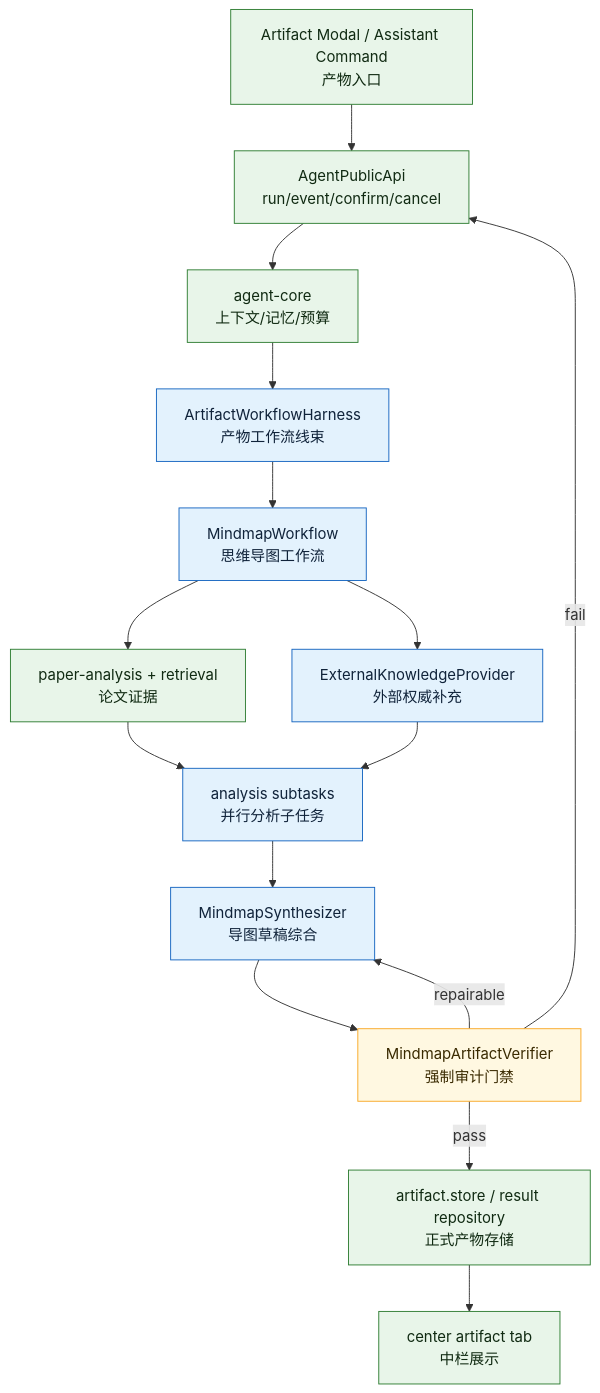
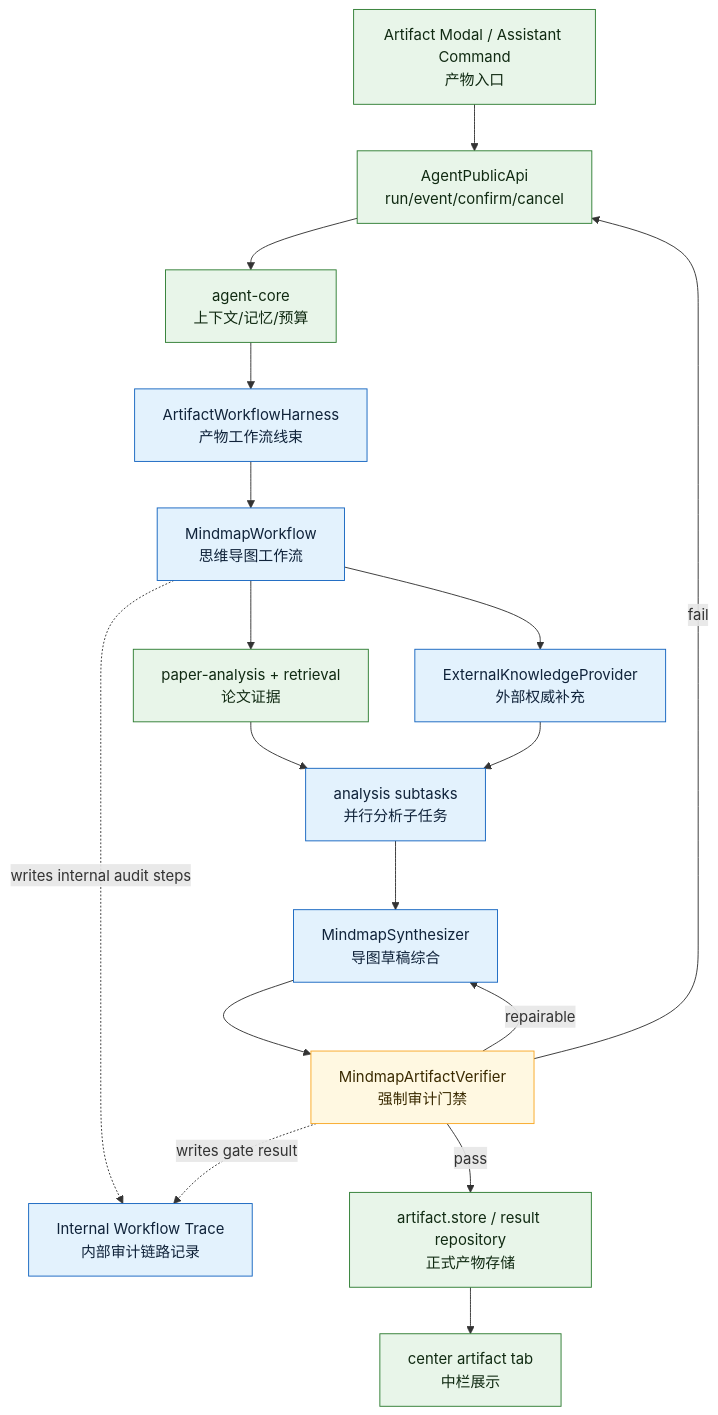
One commit to Hash012/Liteasy changed the diagram in project-docs/engineering/artifact-workflow-harness-design.md. Above: the diagram before and after it, drawn with Mermaid. The commit also changed other lines of this file and 63 other files, not shown here.

Commit message:
feat: add workflow harness audit ledger

````diff
--- a/project-docs/engineering/artifact-workflow-harness-design.md
+++ b/project-docs/engineering/artifact-workflow-harness-design.md
@@ -49,29 +50,32 @@
 ```mermaid
 flowchart TB
   classDef existing fill:#e8f5e9,stroke:#2e7d32,color:#102a12
   classDef new fill:#e3f2fd,stroke:#1565c0,color:#10233a
   classDef gate fill:#fff8e1,stroke:#f9a825,color:#3a2a00
 
   UI["Artifact Modal / Assistant Command<br/>产物入口"]:::existing
   API["AgentPublicApi<br/>run/event/confirm/cancel"]:::existing
   Core["agent-core<br/>上下文/记忆/预算"]:::existing
   Harness["ArtifactWorkflowHarness<br/>产物工作流线束"]:::new
   Mindmap["MindmapWorkflow<br/>思维导图工作流"]:::new
   Evidence["paper-analysis + retrieval<br/>论文证据"]:::existing
   External["ExternalKnowledgeProvider<br/>外部权威补充"]:::new
   Subtasks["analysis subtasks<br/>并行分析子任务"]:::new
   Synth["MindmapSynthesizer<br/>导图草稿综合"]:::new
   Verify["MindmapArtifactVerifier<br/>强制审计门禁"]:::gate
+  Trace["Internal Workflow Trace<br/>内部审计链路记录"]:::new
   Store["artifact.store / result repository<br/>正式产物存储"]:::existing
   UIRender["center artifact tab<br/>中栏展示"]:::existing
 
   UI --> API --> Core --> Harness --> Mindmap
   Mindmap --> Evidence
   Mindmap --> External
   Evidence --> Subtasks
   External --> Subtasks
   Subtasks --> Synth --> Verify
+  Mindmap -. writes internal audit steps .-> Trace
+  Verify -. writes gate result .-> Trace
   Verify -- pass --> Store --> UIRender
   Verify -- repairable --> Synth
   Verify -- fail --> API
 ```
````
